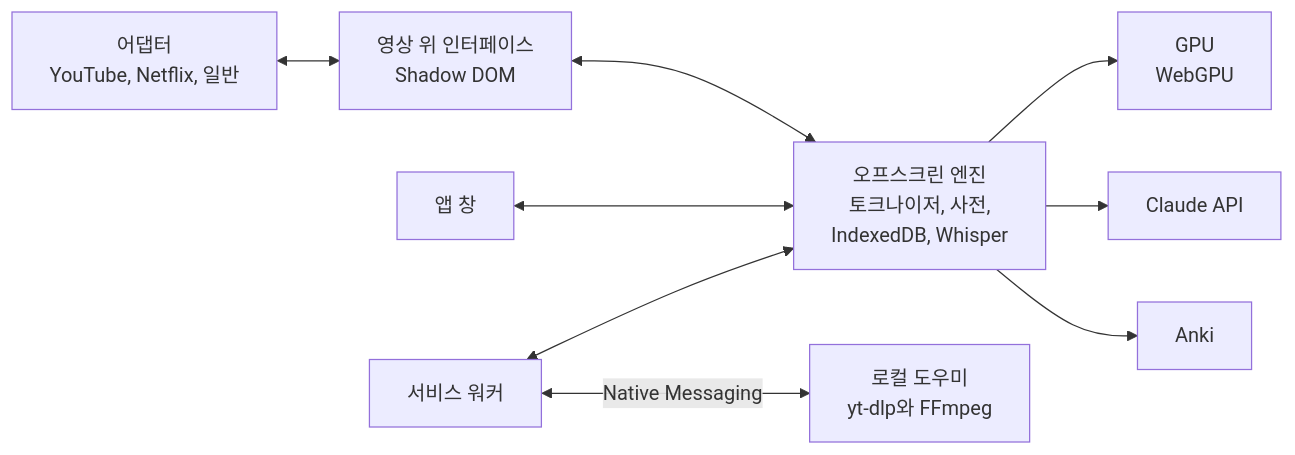
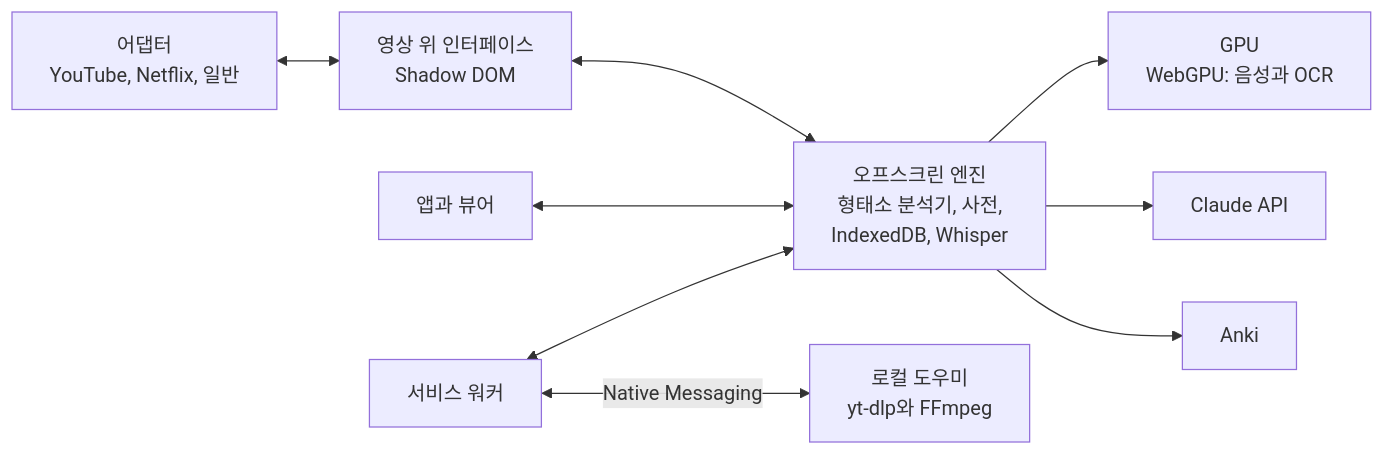
The second of 2 diagrams in README.ko.md (Eliam4510/kotonoha), drawn with Mermaid before and after one commit. The commit also changed other lines of this file and 90 other files, not shown here.

````diff
--- a/README.ko.md
+++ b/README.ko.md
@@ -225,11 +162,11 @@
 ```mermaid
 flowchart LR
   P["어댑터<br/>YouTube, Netflix, 일반"] <--> C["영상 위 인터페이스<br/>Shadow DOM"]
-  C <--> M["오프스크린 엔진<br/>토크나이저, 사전,<br/>IndexedDB, Whisper"]
-  A["앱 창"] <--> M
-  M --> G["GPU<br/>WebGPU"]
+  C <--> M["오프스크린 엔진<br/>형태소 분석기, 사전,<br/>IndexedDB, Whisper"]
+  A["앱과 뷰어"] <--> M
+  M --> G["GPU<br/>WebGPU: 음성과 OCR"]
   M --> CL["Claude API"]
   M --> AN["Anki"]
   S["서비스 워커"] <--> M
   S <-->|Native Messaging| H["로컬 도우미<br/>yt-dlp와 FFmpeg"]
 ```
````
